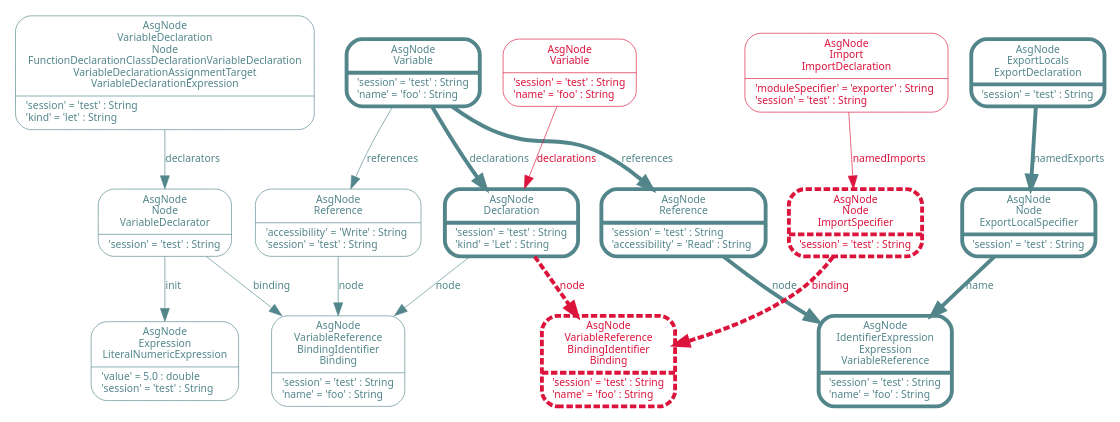
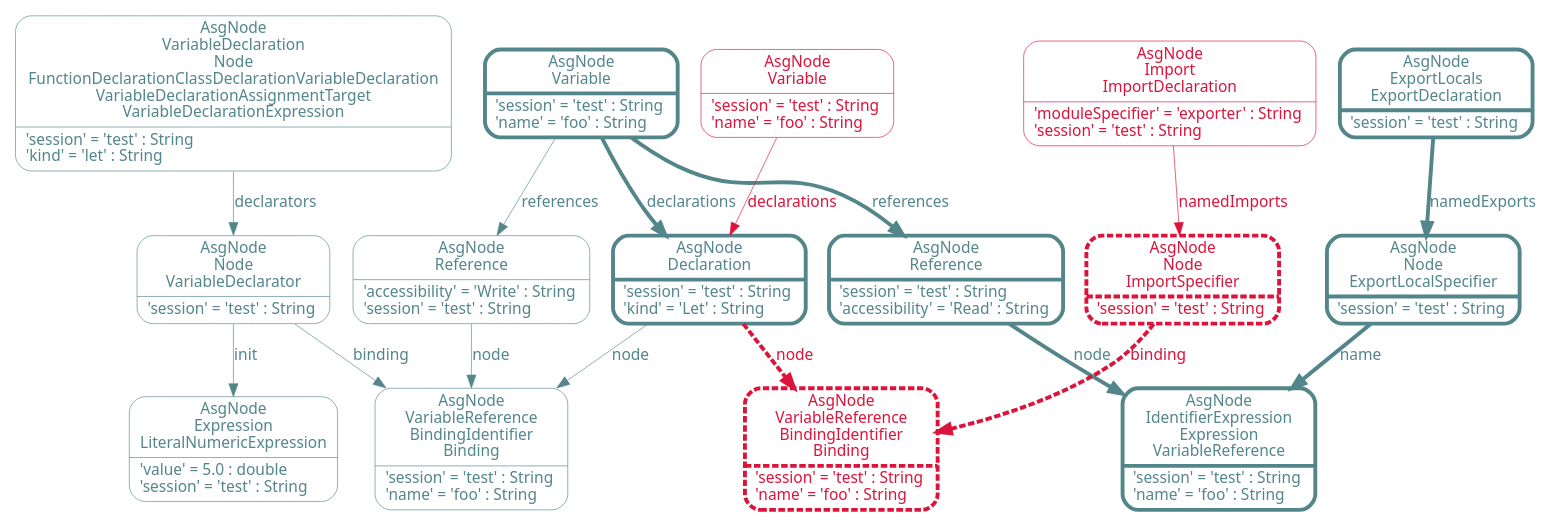
One commit to luczsoma/bsc-thesis changed the diagram in src/figures/analysis_exportName.dot. Above: the diagram before and after it, drawn with Graphviz. The commit also changed 7 other files, not shown here.

```diff
--- a/src/figures/analysis_exportName.dot
+++ b/src/figures/analysis_exportName.dot
@@ -1,182 +1,182 @@
 digraph Neo {
   node [
-    fontsize = "8"
+    fontsize = "12"
     shape = "Mrecord"
     fontname = "Noto Sans"
     penwidth = 0.5
   ]
   edge [
     fontname = "Noto Sans"
-    fontsize = "8"
+    fontsize = "12"
     penwidth = 0.5
   ]
   N18 [
     label = "{AsgNode\nVariableDeclaration\nNode\nFunctionDeclarationClassDeclarationVariableDeclaration\nVariableDeclarationAssignmentTarget\nVariableDeclarationExpression|'session' = 'test' : String\l'kind' = 'let' : String\l}"
     color = "cadetblue4"
     fontcolor = "cadetblue4"
   ]
   N18 -> N41 [
     label = "declarators\n"
     color = "cadetblue4"
     fontcolor = "cadetblue4"
   ]
   N22 [
     label = "{AsgNode\nIdentifierExpression\nExpression\nVariableReference|'session' = 'test' : String\l'name' = 'foo' : String\l}"
     color = "cadetblue4"
     fontcolor = "cadetblue4"
     penwidth = 3
   ]
   N24 [
     label = "{AsgNode\nDeclaration|'session' = 'test' : String\l'kind' = 'Let' : String\l}"
     color = "cadetblue4"
     fontcolor = "cadetblue4"
     penwidth = 3
   ]
   N24 -> N76 [
     label = "node\n"
     color = "crimson"
     fontcolor = "crimson"
     penwidth = 3
     style = "dashed"
   ]
   N24 -> N48 [
     label = "node\n"
     color = "cadetblue4"
     fontcolor = "cadetblue4"
   ]
   N29 [
     label = "{AsgNode\nExportLocals\nExportDeclaration|'session' = 'test' : String\l}"
     color = "cadetblue4"
     fontcolor = "cadetblue4"
     penwidth = 3
   ]
   N29 -> N47 [
     label = "namedExports\n"
     color = "cadetblue4"
     fontcolor = "cadetblue4"
     penwidth = 3
   ]
   N41 [
     label = "{AsgNode\nNode\nVariableDeclarator|'session' = 'test' : String\l}"
     color = "cadetblue4"
     fontcolor = "cadetblue4"
   ]
   N41 -> N44 [
     label = "init\n"
     color = "cadetblue4"
     fontcolor = "cadetblue4"
   ]
   N41 -> N48 [
     label = "binding\n"
     color = "cadetblue4"
     fontcolor = "cadetblue4"
   ]
   N44 [
     label = "{AsgNode\nExpression\nLiteralNumericExpression|'value' = 5.0 : double\l'session' = 'test' : String\l}"
     color = "cadetblue4"
     fontcolor = "cadetblue4"
   ]
   N47 [
     label = "{AsgNode\nNode\nExportLocalSpecifier|'session' = 'test' : String\l}"
     color = "cadetblue4"
     fontcolor = "cadetblue4"
     penwidth = 3
   ]
   N47 -> N22 [
     label = "name\n"
     color = "cadetblue4"
     fontcolor = "cadetblue4"
     penwidth = 3
   ]
   N48 [
     label = "{AsgNode\nVariableReference\nBindingIdentifier\nBinding|'session' = 'test' : String\l'name' = 'foo' : String\l}"
     color = "cadetblue4"
     fontcolor = "cadetblue4"
   ]
   N54 [
     label = "{AsgNode\nReference|'accessibility' = 'Write' : String\l'session' = 'test' : String\l}"
     color = "cadetblue4"
     fontcolor = "cadetblue4"
   ]
   N54 -> N48 [
     label = "node\n"
     color = "cadetblue4"
     fontcolor = "cadetblue4"
   ]
   N62 [
     label = "{AsgNode\nReference|'session' = 'test' : String\l'accessibility' = 'Read' : String\l}"
     color = "cadetblue4"
     fontcolor = "cadetblue4"
     penwidth = 3
   ]
   N62 -> N22 [
     label = "node\n"
     color = "cadetblue4"
     fontcolor = "cadetblue4"
     penwidth = 3
   ]
   N64 [
     label = "{AsgNode\nVariable|'session' = 'test' : String\l'name' = 'foo' : String\l}"
     color = "cadetblue4"
     fontcolor = "cadetblue4"
     penwidth = 3
   ]
   N64 -> N62 [
     label = "references\n"
     color = "cadetblue4"
     fontcolor = "cadetblue4"
     penwidth = 3
   ]
   N64 -> N54 [
     label = "references\n"
     color = "cadetblue4"
     fontcolor = "cadetblue4"
   ]
   N64 -> N24 [
     label = "declarations\n"
     color = "cadetblue4"
     fontcolor = "cadetblue4"
     penwidth = 3
   ]
   N76 [
     label = "{AsgNode\nVariableReference\nBindingIdentifier\nBinding|'session' = 'test' : String\l'name' = 'foo' : String\l}"
     color = "crimson"
     fontcolor = "crimson"
     penwidth = 3
     style = "dashed"
   ]
   N88 [
     label = "{AsgNode\nVariable|'session' = 'test' : String\l'name' = 'foo' : String\l}"
     color = "crimson"
     fontcolor = "crimson"
   ]
   N88 -> N24 [
     label = "declarations\n"
     color = "crimson"
     fontcolor = "crimson"
   ]
   N89 [
     label = "{AsgNode\nImport\nImportDeclaration|'moduleSpecifier' = 'exporter' : String\l'session' = 'test' : String\l}"
     color = "crimson"
     fontcolor = "crimson"
   ]
   N89 -> N96 [
     label = "namedImports\n"
     color = "crimson"
     fontcolor = "crimson"
   ]
   N96 [
     label = "{AsgNode\nNode\nImportSpecifier|'session' = 'test' : String\l}"
     color = "crimson"
     fontcolor = "crimson"
     penwidth = 3
     style = "dashed"
   ]
   N96 -> N76 [
     label = "binding\n"
     color = "crimson"
     fontcolor = "crimson"
     penwidth = 3
     style = "dashed"
   ]
 }
```
